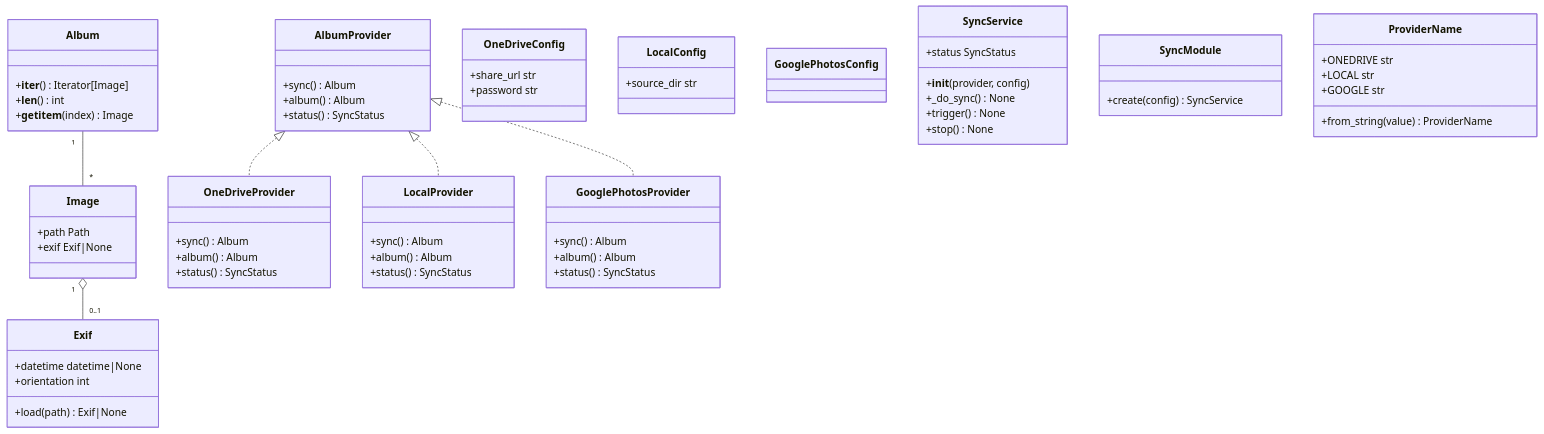
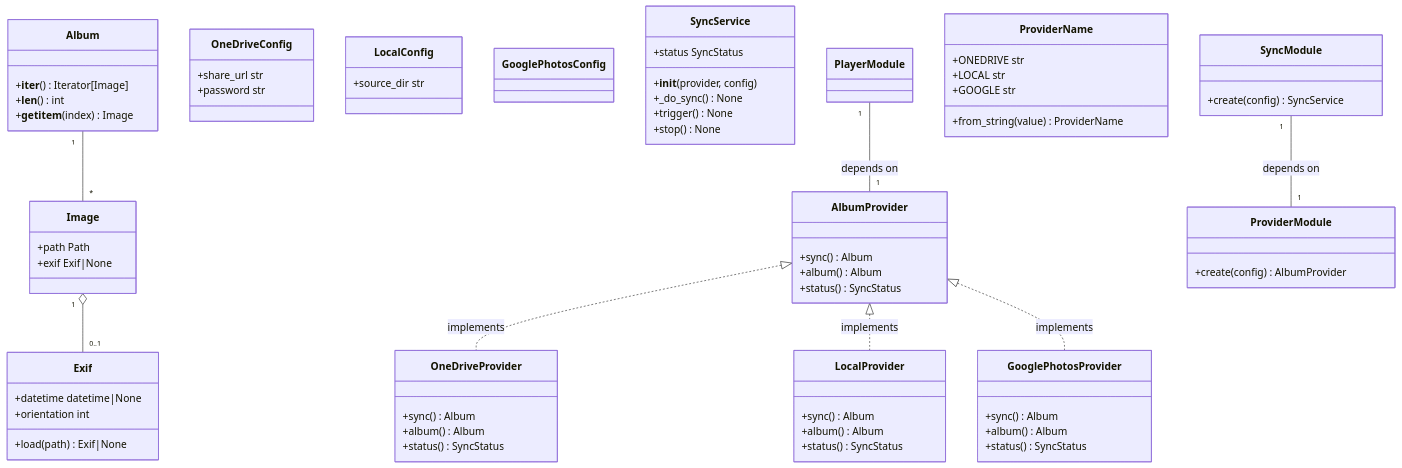
One commit to njurgens/digital-frame changed the diagram in .features/active/issue-43-album-provider/DESIGN.md. Above: the diagram before and after it, drawn with Mermaid. The commit also changed other lines of this file and 42 other files, not shown here.

````diff
--- a/.features/active/issue-43-album-provider/DESIGN.md
+++ b/.features/active/issue-43-album-provider/DESIGN.md
@@ -75,67 +76,72 @@
 ```mermaid
 classDiagram
     class AlbumProvider {
         +sync() Album
         +album() Album
         +status() SyncStatus
     }
     class Image {
         +path Path
         +exif Exif|None
     }
     class Exif {
         +datetime datetime|None
         +orientation int
         +load(path) Exif|None
     }
     class Album {
         +__iter__() Iterator[Image]
         +__len__() int
         +__getitem__(index) Image
     }
     class OneDriveConfig {
         +share_url str
         +password str
     }
     class LocalConfig {
         +source_dir str
     }
     class GooglePhotosConfig {
     }
     class OneDriveProvider {
         +sync() Album
         +album() Album
         +status() SyncStatus
     }
     class LocalProvider {
         +sync() Album
         +album() Album
         +status() SyncStatus
     }
     class GooglePhotosProvider {
         +sync() Album
         +album() Album
         +status() SyncStatus
     }
     class SyncService {
         +__init__(provider, config)
         +_do_sync() None
         +trigger() None
         +stop() None
         +status SyncStatus
     }
     class SyncModule {
         +create(config) SyncService
     }
     class ProviderName {
         +ONEDRIVE str
         +LOCAL str
         +GOOGLE str
         +from_string(value) ProviderName
     }
-    AlbumProvider <|.. OneDriveProvider
-    AlbumProvider <|.. LocalProvider
-    AlbumProvider <|.. GooglePhotosProvider
+    class ProviderModule {
+        +create(config) AlbumProvider
+    }
+    AlbumProvider <|.. OneDriveProvider : implements
+    AlbumProvider <|.. LocalProvider : implements
+    AlbumProvider <|.. GooglePhotosProvider : implements
     Album "1" -- "*" Image
     Image "1" o-- "0..1" Exif
+    SyncModule "1" -- "1" ProviderModule : depends on
+    PlayerModule "1" -- "1" AlbumProvider : depends on
 ```
````
